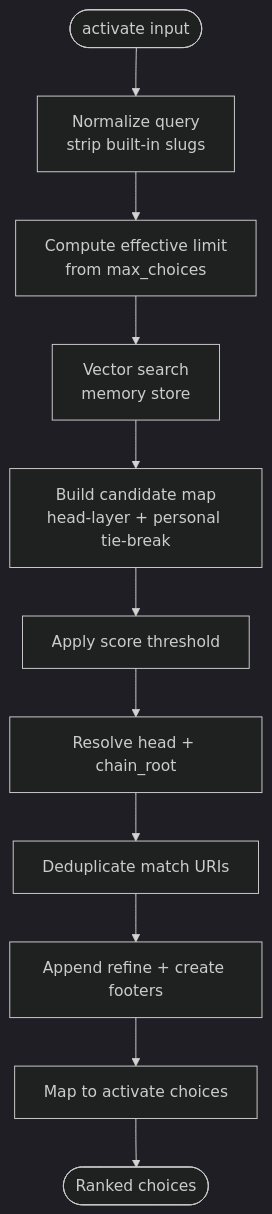
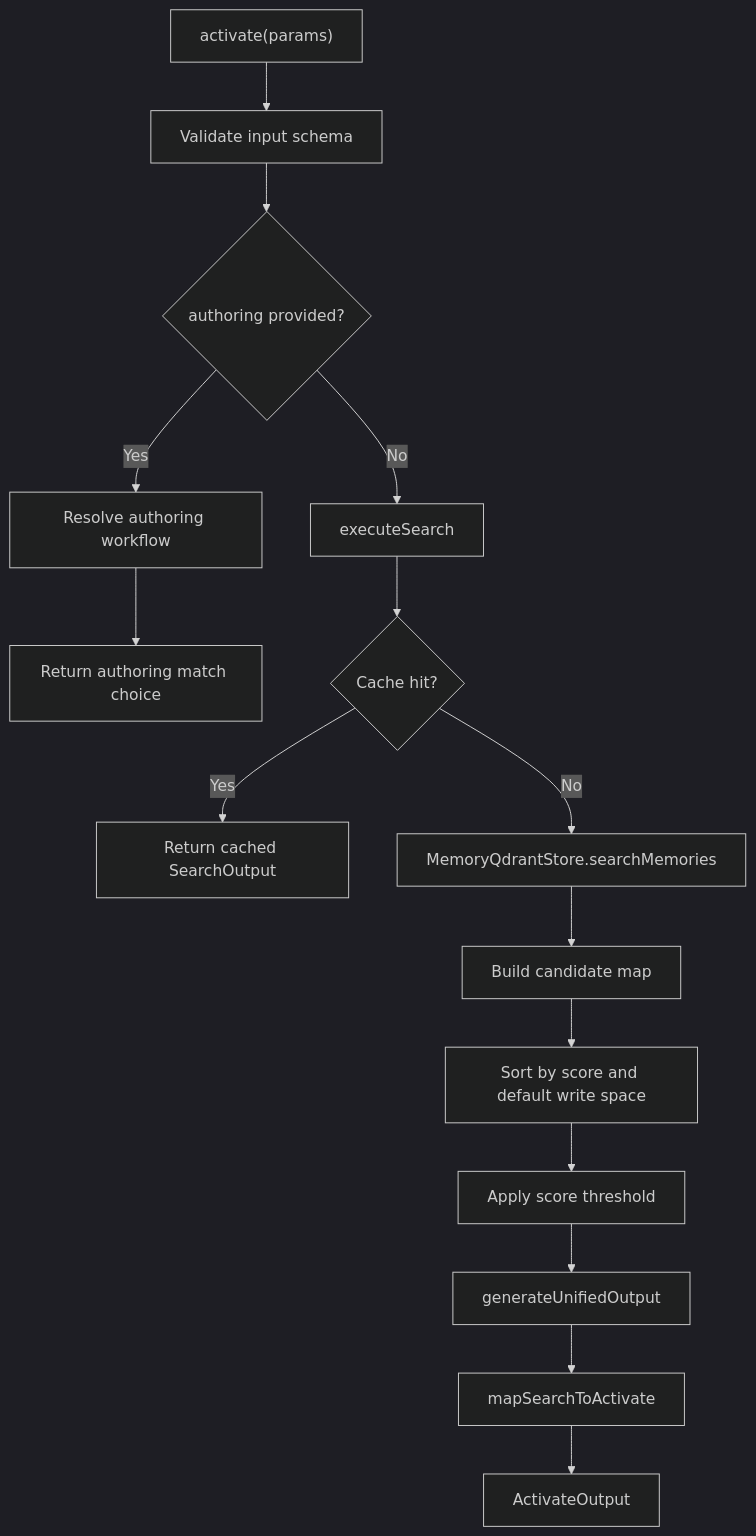
Before and after one commit to SquadRules/mcp: the third of 8 diagrams in .qoder/repowiki/en/content/MCP Tools Reference/Activate Tool.md, drawn with Mermaid (dark theme). The commit also changed other lines of this file and 553 other files, not shown here.

````diff
--- a/.qoder/repowiki/en/content/MCP Tools Reference/Activate Tool.md
+++ b/.qoder/repowiki/en/content/MCP Tools Reference/Activate Tool.md
@@ -216,13 +187,17 @@
 ```mermaid
 flowchart TD
-Start(["activate input"]) --> Normalize["Normalize query<br/>strip built-in slugs"]
-Normalize --> Limit["Compute effective limit<br/>from max_choices"]
-Limit --> Search["Vector search<br/>memory store"]
-Search --> Candidates["Build candidate map<br/>head-layer + personal tie-break"]
-Candidates --> Threshold["Apply score threshold"]
-Threshold --> Resolve["Resolve head + chain_root"]
-Resolve --> Deduplicate["Deduplicate match URIs"]
-Deduplicate --> Footer["Append refine + create footers"]
-Footer --> ActivateMap["Map to activate choices"]
-ActivateMap --> End(["Ranked choices"])
+Start["activate(params)"] --> Validate["Validate input schema"]
+Validate --> Authoring{"authoring provided?"}
+Authoring --> |Yes| AuthorFlow["Resolve authoring workflow"]
+AuthorFlow --> AuthorResponse["Return authoring match choice"]
+Authoring --> |No| Search["executeSearch"]
+Search --> CacheCheck{"Cache hit?"}
+CacheCheck --> |Yes| Cached["Return cached SearchOutput"]
+CacheCheck --> |No| VectorSearch["MemoryQdrantStore.searchMemories"]
+VectorSearch --> Candidates["Build candidate map"]
+Candidates --> Sort["Sort by score and default write space"]
+Sort --> Threshold["Apply score threshold"]
+Threshold --> Unified["generateUnifiedOutput"]
+Unified --> MapChoices["mapSearchToActivate"]
+MapChoices --> Response["ActivateOutput"]
 ```
````
